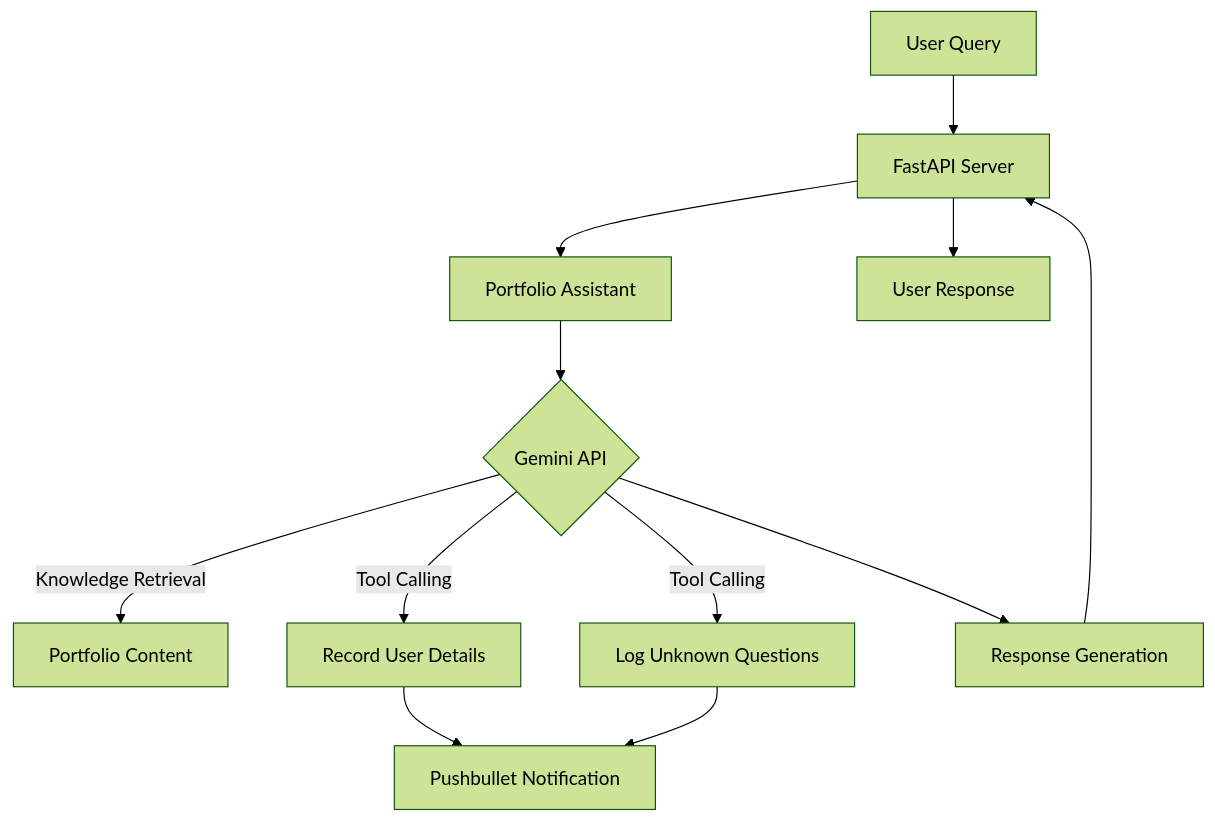
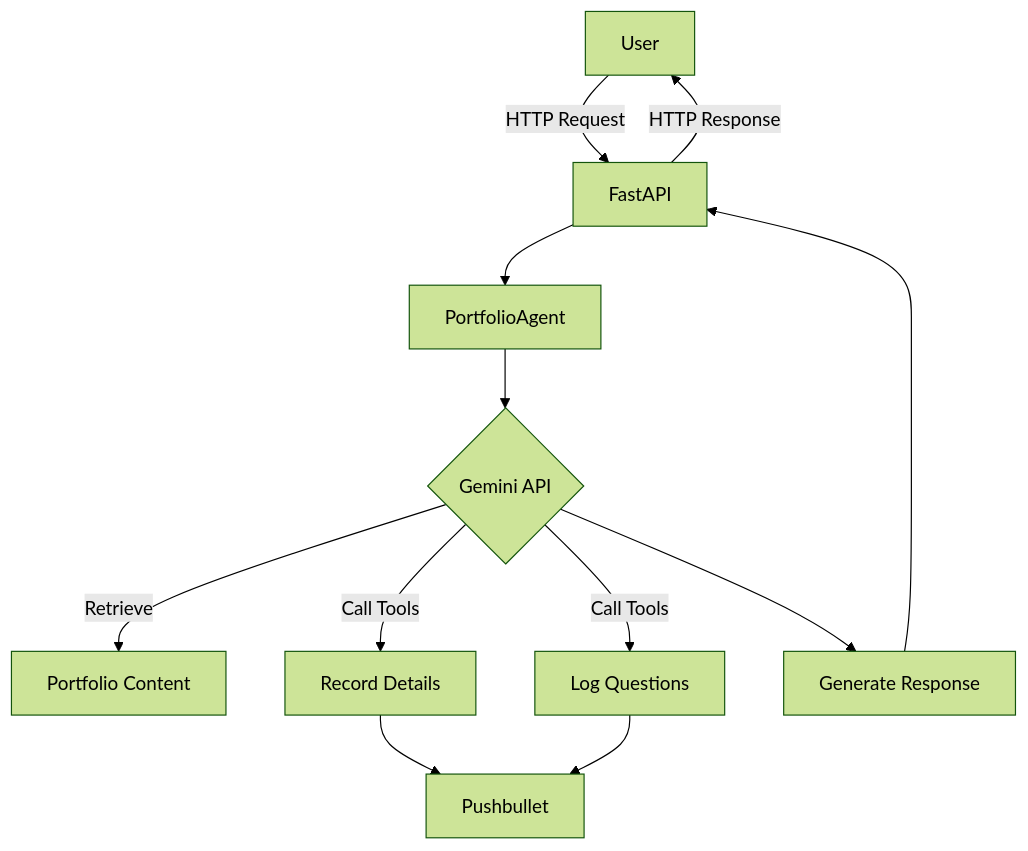
The diagram in README.md (PratikNichite/portfolio_assistant_backend), drawn with Mermaid (forest theme) before and after one commit.

Commit message:
update graph in readme

````diff
--- a/README.md
+++ b/README.md
@@ -29,14 +29,14 @@
 ```mermaid
 graph TD
-    A[User Query] --> B[FastAPI Server]
-    B --> C[Portfolio Assistant]
+    A[User] -->|HTTP Request| B[FastAPI]
+    B --> C[PortfolioAgent]
     C --> D{Gemini API}
-    D -->|Knowledge Retrieval| E[Portfolio Content]
-    D -->|Tool Calling| F[Record User Details]
-    D -->|Tool Calling| G[Log Unknown Questions]
-    F --> H[Pushbullet Notification]
+    D -->|Retrieve| E[Portfolio Content]
+    D -->|Call Tools| F[Record Details]
+    D -->|Call Tools| G[Log Questions]
+    F --> H[Pushbullet]
     G --> H
-    D --> I[Response Generation]
+    D --> I[Generate Response]
     I --> B
-    B --> J[User Response]
+    B -->|HTTP Response| A
 ```
````
